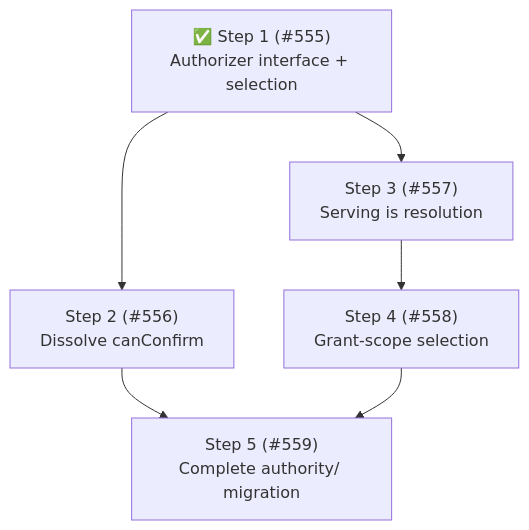
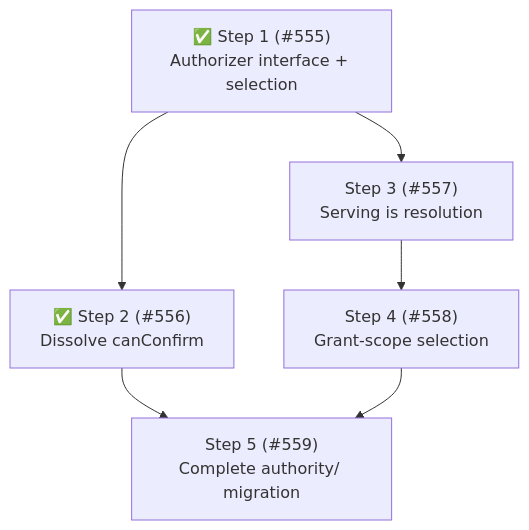
One commit to whaoa/forked-gotgenes-pi-packages changed the fourth of 4 diagrams in packages/pi-permission-system/docs/architecture/architecture.md. Above: the diagram before and after it, drawn with Mermaid. The commit also changed other lines of this file and 2 other files, not shown here.

Commit message:
docs(pi-permission-system): mark Phase 9 Step 2 complete; dissolve canConfirm

````diff
--- a/packages/pi-permission-system/docs/architecture/architecture.md
+++ b/packages/pi-permission-system/docs/architecture/architecture.md
@@ -916,14 +918,14 @@
 ```mermaid
 flowchart TD
     S1["✅ Step 1 (#555)<br/>Authorizer interface + selection"]
-    S2["Step 2 (#556)<br/>Dissolve canConfirm"]
+    S2["✅ Step 2 (#556)<br/>Dissolve canConfirm"]
     S3["Step 3 (#557)<br/>Serving is resolution"]
     S4["Step 4 (#558)<br/>Grant-scope selection"]
     S5["Step 5 (#559)<br/>Complete authority/ migration"]
 
     S1 --> S2
     S1 --> S3
     S3 --> S4
     S2 --> S5
     S4 --> S5
 ```
````
